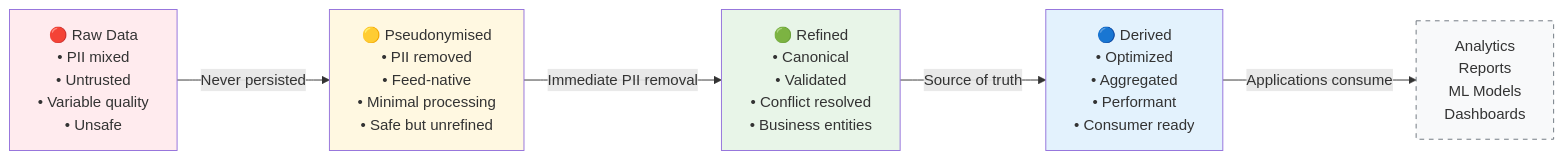
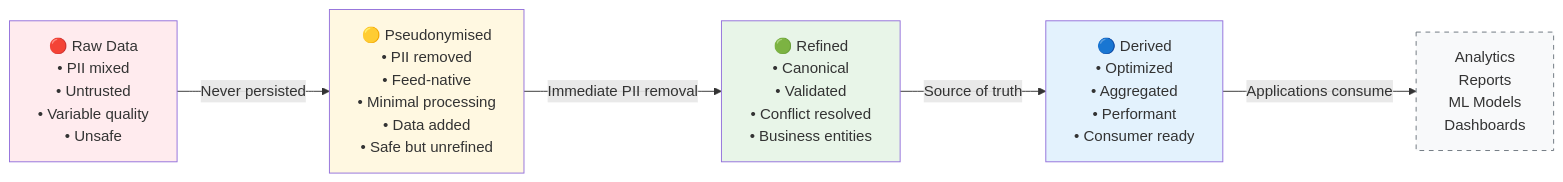
The diagram in technical-tests/age-bmi/README.md (Somerset-LDP/Discovery), drawn with Mermaid before and after one commit. The commit also changed 2 other files, not shown here.

Commit message:
SICSDPD-63 general tidy up

````diff
--- a/technical-tests/age-bmi/README.md
+++ b/technical-tests/age-bmi/README.md
@@ -15,18 +15,18 @@
 ```mermaid
 flowchart LR
     A["🔴 Raw Data<br/>• PII mixed<br/>• Untrusted<br/>• Variable quality<br/>• Unsafe"] 
-    B["🟡 Pseudonymised<br/>• PII removed<br/>• Feed-native<br/>• Minimal processing<br/>• Safe but unrefined"]
+    B["🟡 Pseudonymised<br/>• PII removed<br/>• Feed-native<br/>• Minimal processing<br/>• Data added<br/>• Safe but unrefined"]
     C["🟢 Refined<br/>• Canonical<br/>• Validated<br/>• Conflict resolved<br/>• Business entities"]
     D["🔵 Derived<br/>• Optimized<br/>• Aggregated<br/>• Performant<br/>• Consumer ready"]
     
     A -->|"Never persisted"| B
     B -->|"Immediate PII removal"| C
     C -->|"Source of truth"| D
     D -->|"Applications consume"|E[Analytics<br/>Reports<br/>ML Models<br/>Dashboards]
     
     style A fill:#ffebee
     style B fill:#fff8e1
     style C fill:#e8f5e8
     style D fill:#e3f2fd
     style E fill:#f8f9fa,stroke:#6c757d,stroke-dasharray: 5 5
 ```
````
